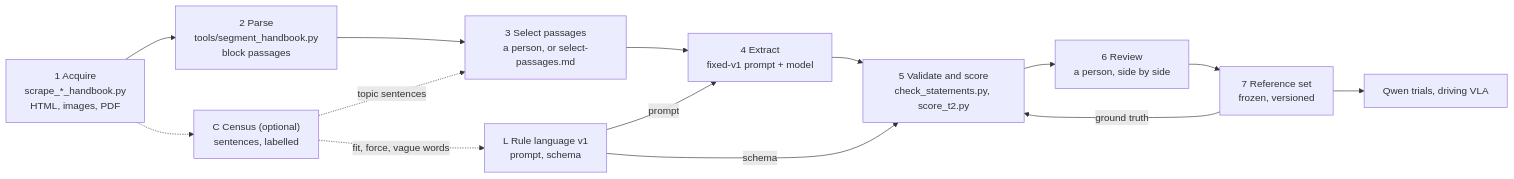
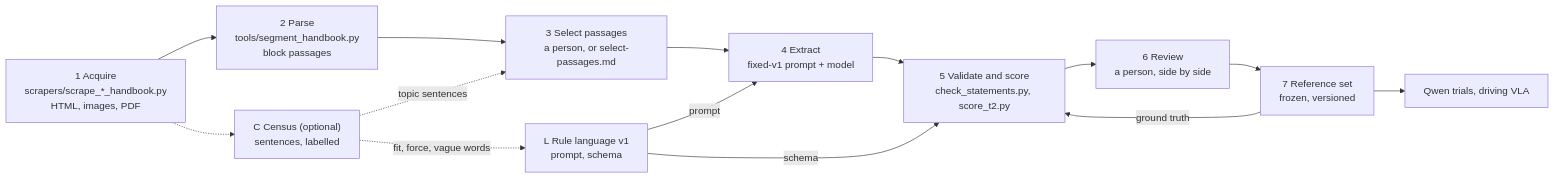
One commit to hennyg888/Drive-Rule-Extraction-Bench changed the diagram in pipeline/PIPELINE.md. Above: the diagram before and after it, drawn with Mermaid. The commit also changed other lines of this file and 15 other files, not shown here.

````diff
--- a/pipeline/PIPELINE.md
+++ b/pipeline/PIPELINE.md
@@ -53,16 +53,16 @@
 ```mermaid
 flowchart LR
-  A["1 Acquire<br/>scrape_*_handbook.py<br/>HTML, images, PDF"] --> P["2 Parse<br/>tools/segment_handbook.py<br/>block passages"]
+  A["1 Acquire<br/>scrapers/scrape_*_handbook.py<br/>HTML, images, PDF"] --> P["2 Parse<br/>tools/segment_handbook.py<br/>block passages"]
   P --> S["3 Select passages<br/>a person, or select-passages.md"]
   S --> E["4 Extract<br/>fixed-v1 prompt + model"]
   E --> V["5 Validate and score<br/>check_statements.py, score_t2.py"]
   V --> R["6 Review<br/>a person, side by side"]
   R --> F["7 Reference set<br/>frozen, versioned"]
   A -.-> C["C Census (optional)<br/>sentences, labelled"]
   C -. "topic sentences" .-> S
   C -. "fit, force, vague words" .-> L["L Rule language v1<br/>prompt, schema"]
   L -- "prompt" --> E
   L -- "schema" --> V
   F -- "ground truth" --> V
   F --> D["Qwen trials, driving VLA"]
 ```
````
